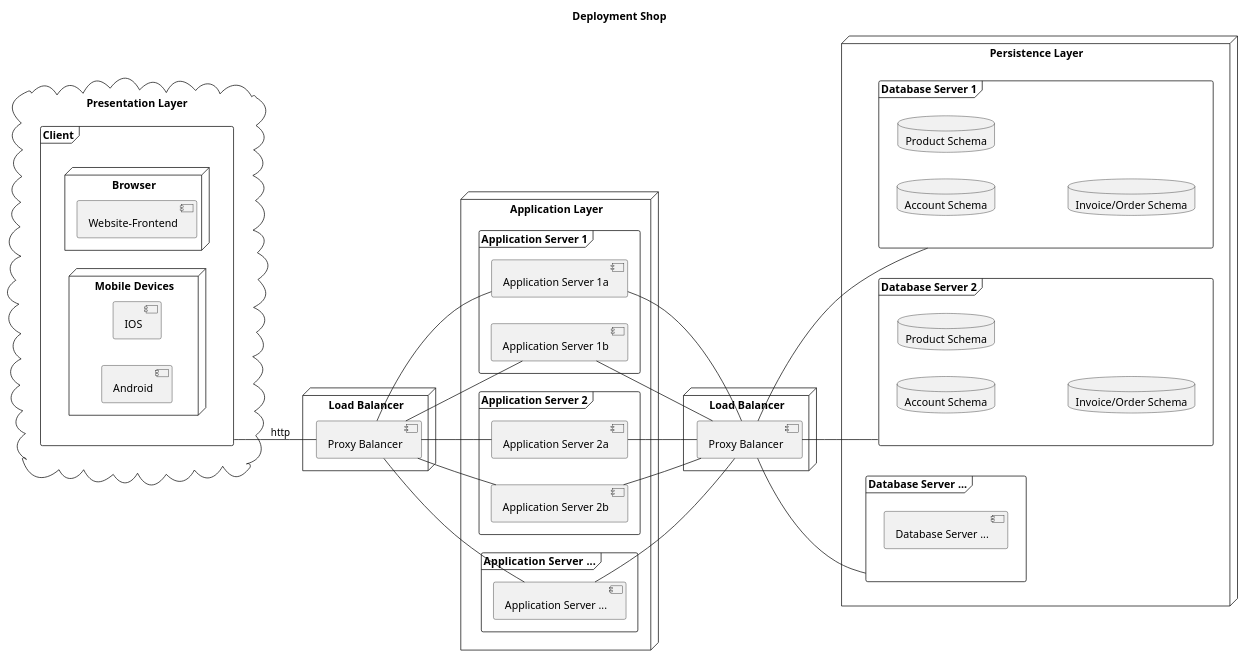
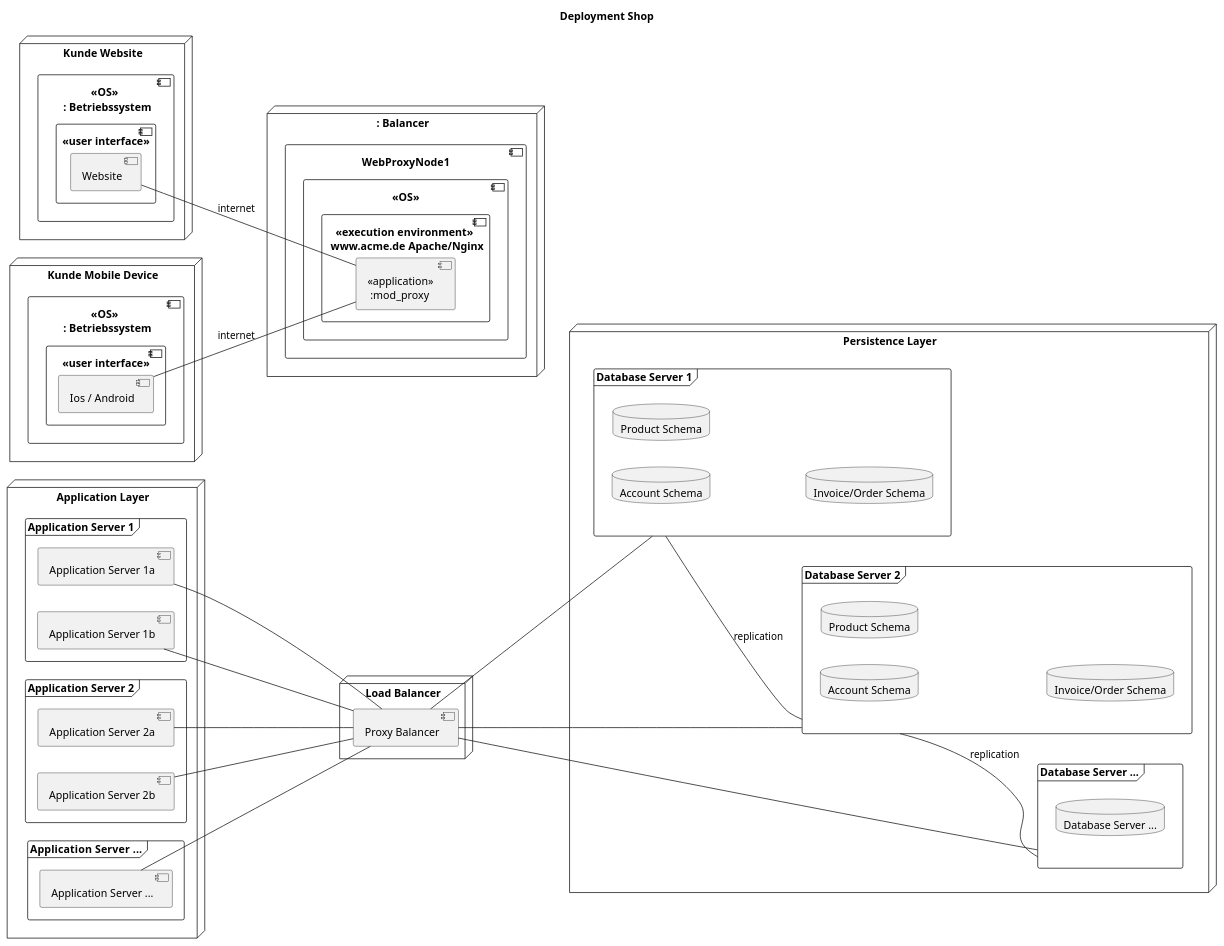
One commit to MatthiasHertel/softwaretechnik changed the diagram in 05_uml-unified_modeling_language/03_project_shop/03_deployment/deployment_shop.pu. Above: the diagram before and after it, drawn with PlantUML.

Commit message:
zwischenstand deployment

```diff
--- a/05_uml-unified_modeling_language/03_project_shop/03_deployment/deployment_shop.pu
+++ b/05_uml-unified_modeling_language/03_project_shop/03_deployment/deployment_shop.pu
@@ -1,108 +1,124 @@
 @startuml
 title Deployment Shop
 left to right direction
-cloud "Presentation Layer" as pl {
-  frame "Client" as pl_client {
-    node "Browser" as web {
-      [Website-Frontend]
+node "Kunde Website" as pl {
+  component "<<OS>> \n : Betriebssystem" as pl_client {
+    component "<<user interface>>" as web0 {
+      [Website] as ui1
     }
-    node "Mobile Devices" as app {
-      [IOS]
-      [Android]
+  }
+}
+node "Kunde Mobile Device" as pl1 {
+  component "<<OS>> \n : Betriebssystem" as pl_client1 {
+    component "<<user interface>>" as web1 {
+      [Ios / Android] as ui2
     }
   }
 }
 
-node "Load Balancer" as lb_front {
-  [Proxy Balancer] as lb_front1
+
+node ": Balancer" as lb_front {
+  component "WebProxyNode1" as WPN1 {
+    component "<<OS>>" as WPN1_OS {
+      component "<<execution environment>> \n www.acme.de Apache/Nginx" as WPN1_execenv {
+        component "<<application>> \n :mod_proxy" as lb_front1 {
+
+        }
+      }
+    }
+  }
 }
 
 node "Application Layer" as al {
   frame "Application Server 1" as as1 {
     [Application Server 1a] as as_1a
     [Application Server 1b] as as_1b
   }
   frame "Application Server 2" as as2 {
     [Application Server 2a] as as_2a
     [Application Server 2b] as as_2b
   }
   frame "Application Server  ..." as "as..." {
     [Application Server ...] as as_...
   }
 }
 
 node "Load Balancer" as lb_back {
   [Proxy Balancer] as lb_back1
 }
 
 node "Persistence Layer" as dbl {
   frame "Database Server 1" as db_1 {
     database "Account Schema" as db_1a
     database "Product Schema" as db_1b
     database "Invoice/Order Schema" as db_1c
 
   }
   frame "Database Server 2" as db_2 {
     database "Account Schema" as db_2a
     database "Product Schema" as db_2b
     database "Invoice/Order Schema" as db_2c
 
   }
   frame "Database Server ..." as db_x {
-    [Database Server ...] as db_xx
+    database "Database Server ..." as db_xx
   }
 }
 
 /'assoziationen'/
-pl_client -- lb_front1 :http
+ui1 -- lb_front1 :internet
+ui2 -- lb_front1 :internet
 
-lb_front1 -- as_1a
+/'lb_front1 -- as_1a
 lb_front1 -- as_1b
 lb_front1 -- as_2a
 lb_front1 -- as_2b
-lb_front1 -- as_...
+lb_front1 -- as_...'/
 
 as_1a -- lb_back1
 as_1b -- lb_back1
 as_2a -- lb_back1
 as_2b -- lb_back1
 as_... -- lb_back1
 
 /'lb_back1 -- db_1a
 lb_back1 -- db_1b
 lb_back1 -- db_1c
 lb_back1 -- db_2a
 lb_back1 -- db_2b
 lb_back1 -- db_2c
 lb_back1 -- db_x'/
 
 lb_back1 -- db_1
 lb_back1 -- db_2
 lb_back1 -- db_x
+
+db_1 -down- db_2 :replication
+db_2 -down- db_x :replication
 
 
 /'skinparam componentStyle uml2
 package "Some Group" {
   interface HTTP as httpEndpoint
   [First Component]
   [Another Component]
 }
 node "Other Groups" {
   FTP - [Second Component]
 }
 cloud {
   [Example 1]
 }
 database "MySql" {
   folder "This is my folder" {
     [Folder 3]
   }
   frame "Foo" {
     [Frame 4]
   }
 }
 httpEndpoint - [First Component]
 [First Component] --> FTP
 [Another Component] --> [Example 1]
 [Example 1] --> [Folder 3]'/
 @enduml
```
